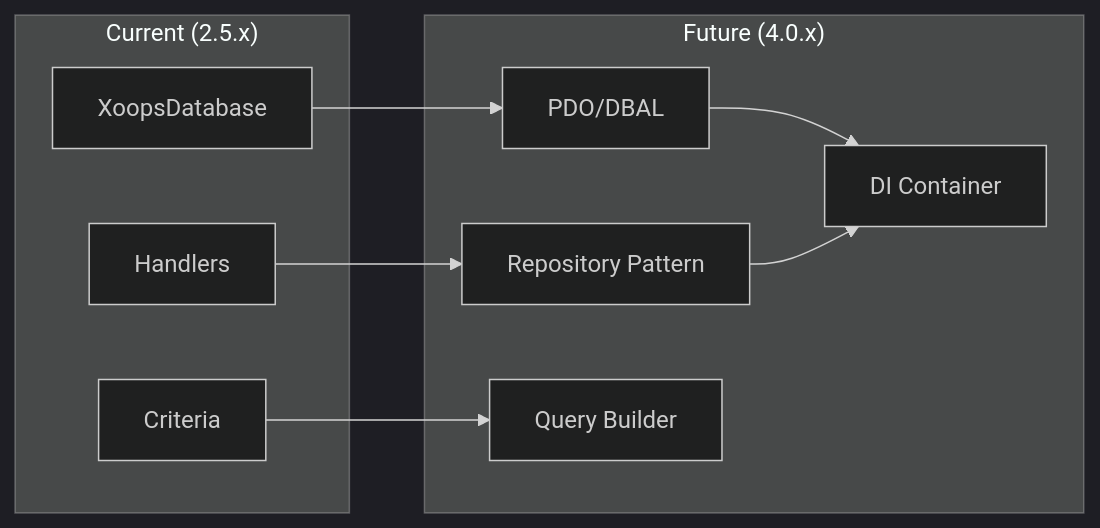
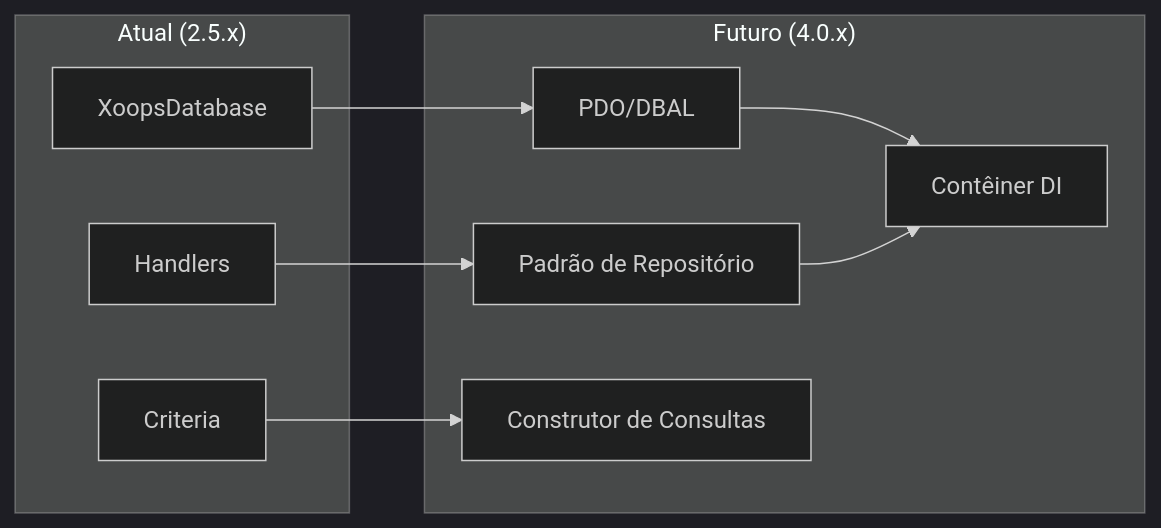
One commit to mambax7/xoops-docs changed the third of 3 diagrams in apps/docs-27/src/content/docs/pt/contributing/adrs/adr-002.md. Above: the diagram before and after it, drawn with Mermaid (dark theme). The commit also changed other lines of this file and 162 other files, not shown here.

````diff
--- a/apps/docs-27/src/content/docs/pt/contributing/adrs/adr-002.md
+++ b/apps/docs-27/src/content/docs/pt/contributing/adrs/adr-002.md
@@ -205,21 +205,21 @@
 ```mermaid
 flowchart LR
-    subgraph "Current (2.5.x)"
+    subgraph "Atual (2.5.x)"
         A[XoopsDatabase]
         B[Handlers]
         C[Criteria]
     end
 
-    subgraph "Future (4.0.x)"
+    subgraph "Futuro (4.0.x)"
         D[PDO/DBAL]
-        E[Repository Pattern]
-        F[Query Builder]
-        G[DI Container]
+        E[Padrão de Repositório]
+        F[Construtor de Consultas]
+        G[Contêiner DI]
     end
 
     A --> D
     B --> E
     C --> F
     D --> G
     E --> G
 ```
````
